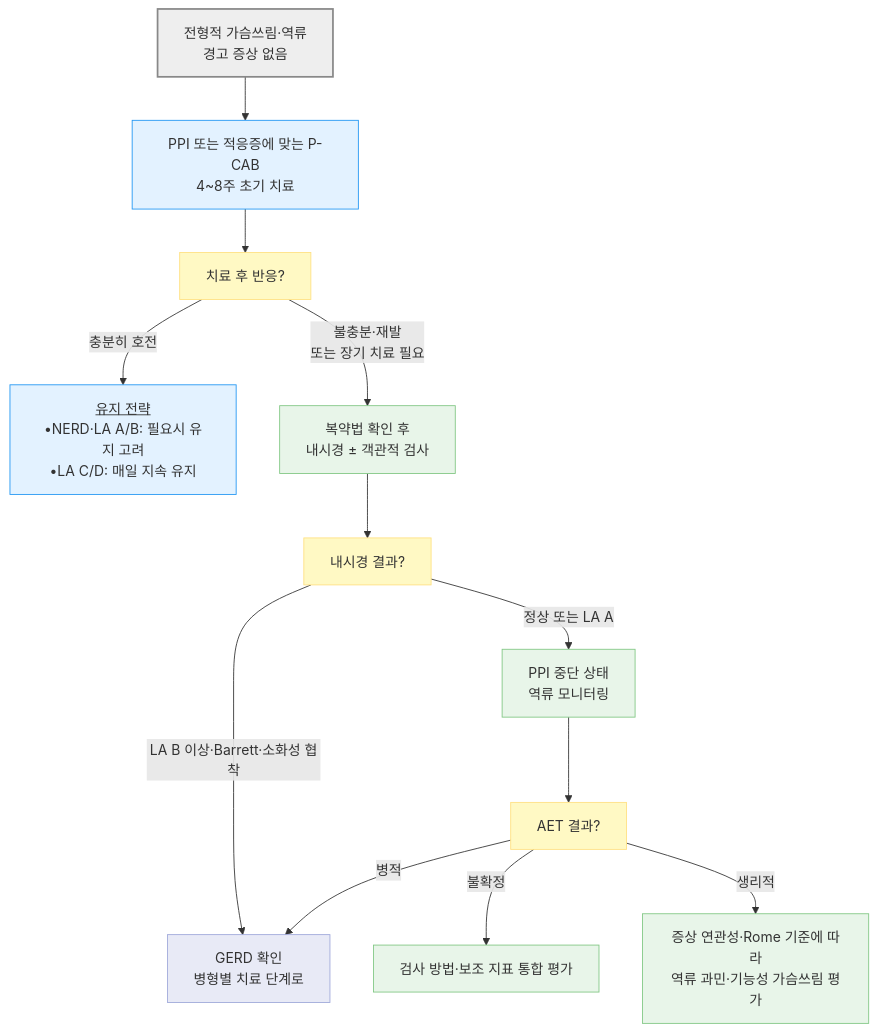
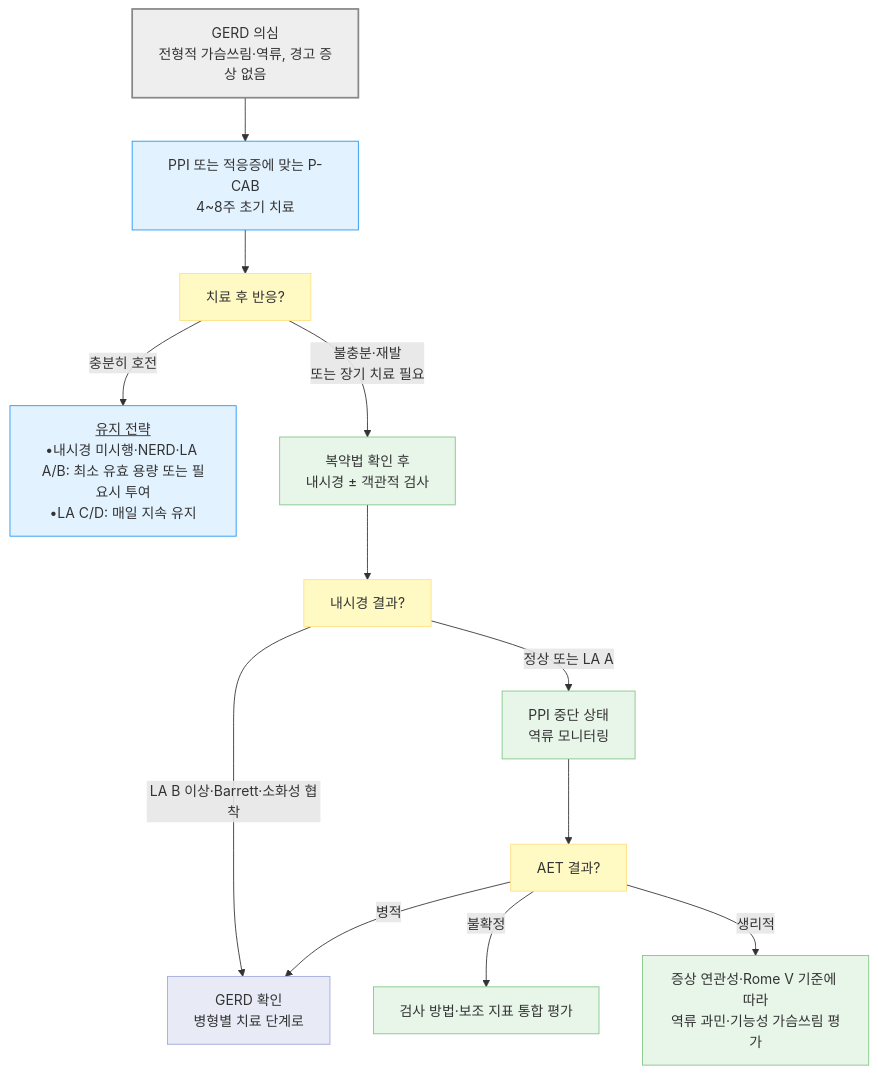
One commit to familyoh77/familyoh77 changed the first of 5 diagrams in 224_/081_-gerd.md. Above: the diagram before and after it, drawn with Mermaid. The commit also changed other lines of this file, not shown here.

````diff
--- a/224_/081_-gerd.md
+++ b/224_/081_-gerd.md
@@ -197,25 +210,25 @@
 ```mermaid
 flowchart TD
-    A["전형적 가슴쓰림·역류<br/>경고 증상 없음"] --> B["PPI 또는 적응증에 맞는 P-CAB<br/>4~8주 초기 치료"]
+    A["GERD 의심<br/>전형적 가슴쓰림·역류, 경고 증상 없음"] --> B["PPI 또는 적응증에 맞는 P-CAB<br/>4~8주 초기 치료"]
     B --> R["치료 후 반응?"]
-    R -- "충분히 호전" --> C["<u>유지 전략</u><br/>•NERD·LA A/B: 필요시 유지 고려<br/>•LA C/D: 매일 지속 유지"]
+    R -- "충분히 호전" --> C["<u>유지 전략</u><br/>•내시경 미시행·NERD·LA A/B: 최소 유효 용량 또는 필요시 투여<br/>•LA C/D: 매일 지속 유지"]
     R -- "불충분·재발<br/>또는 장기 치료 필요" --> G["복약법 확인 후<br/>내시경 ± 객관적 검사"]
     G --> SQ["내시경 결과?"]
     SQ -- "LA B 이상·Barrett·소화성 협착" --> J["GERD 확인<br/>병형별 치료 단계로"]
     SQ -- "정상 또는 LA A" --> K["PPI 중단 상태<br/>역류 모니터링"]
     K --> KQ["AET 결과?"]
     KQ -- "병적" --> J
     KQ -- "불확정" --> Q["검사 방법·보조 지표 통합 평가"]
-    KQ -- "생리적" --> L["증상 연관성·Rome 기준에 따라<br/>역류 과민·기능성 가슴쓰림 평가"]
+    KQ -- "생리적" --> L["증상 연관성·Rome V 기준에 따라<br/>역류 과민·기능성 가슴쓰림 평가"]
 
     classDef neutral fill:#eeeeee,stroke:#888888,stroke-width:2px
     classDef question fill:#fff9c4,stroke:#ffe082
     classDef test fill:#e8f5e9,stroke:#81c784
     classDef treatment fill:#e3f2ff,stroke:#2196f3
     classDef next fill:#e8eaf6,stroke:#9fa8da
     class A neutral
     class R,SQ,KQ question
     class G,K,Q,L test
     class B,C treatment
     class J next
 ```
````
